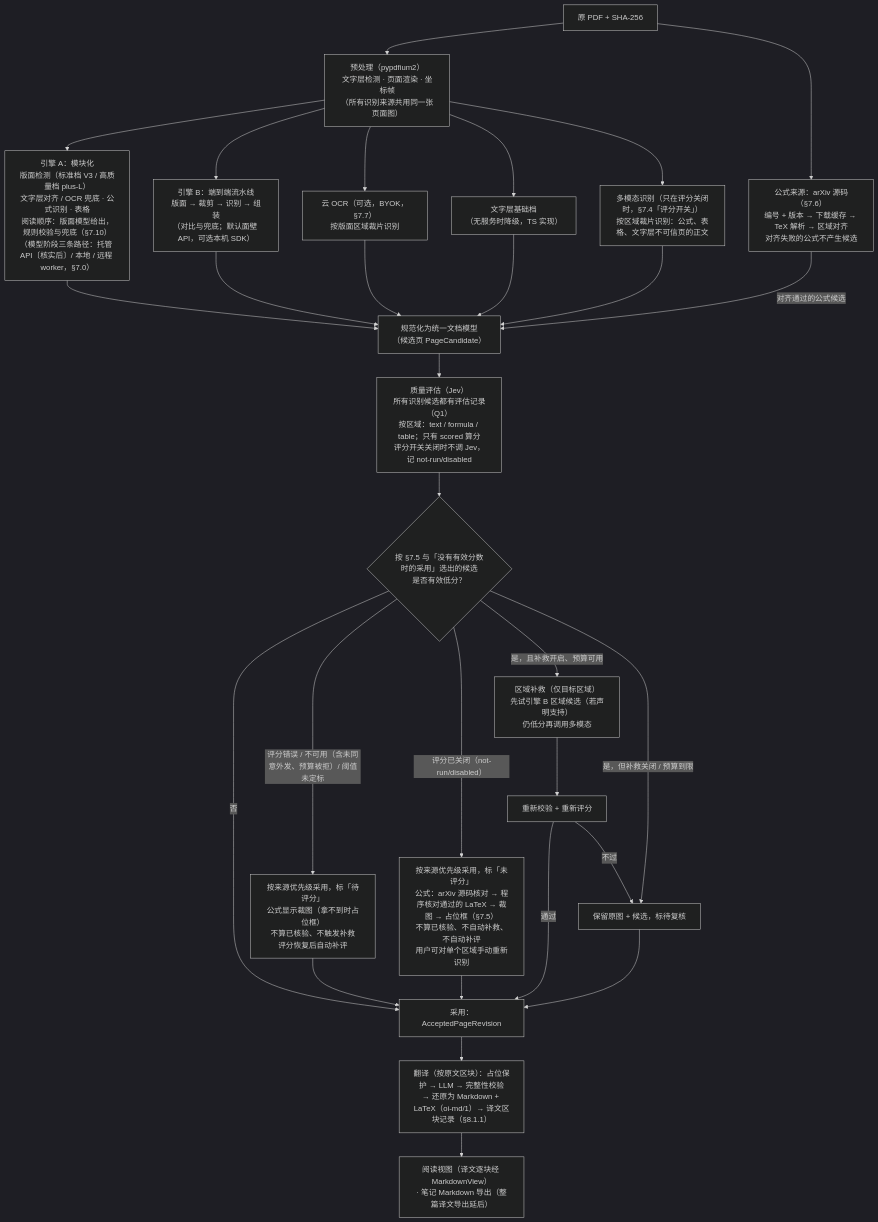
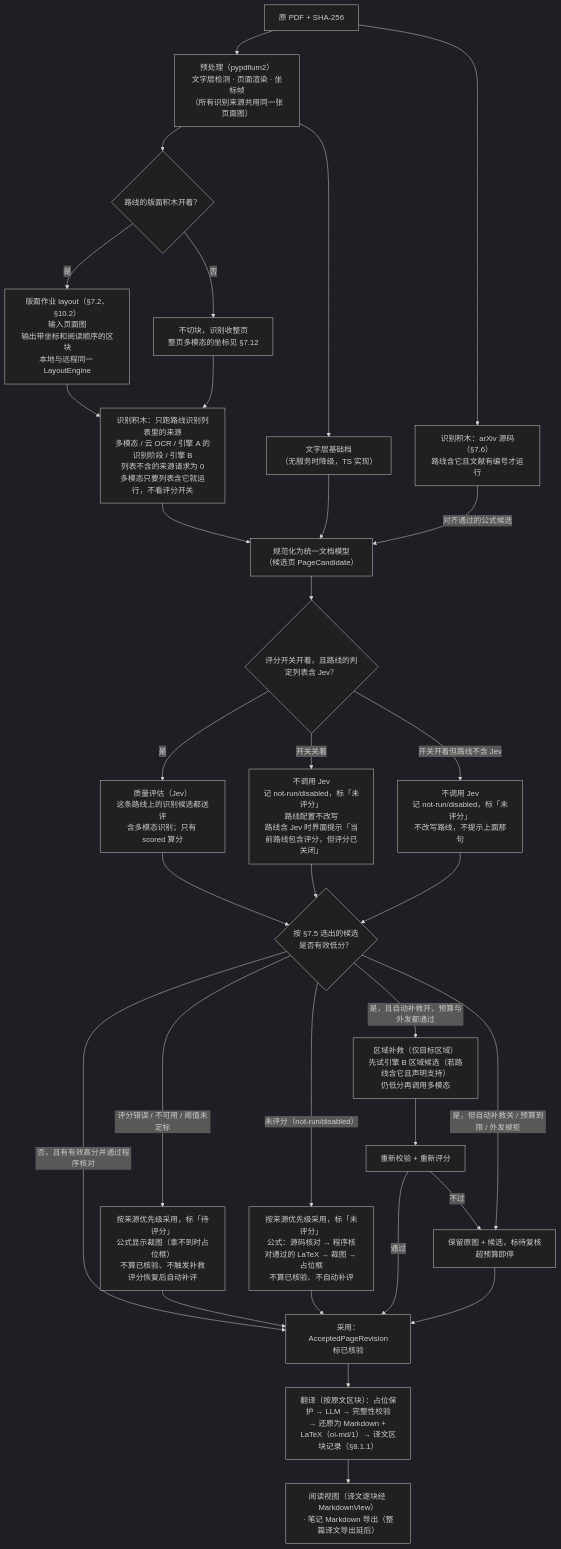
The fourth of 6 diagrams in ARCHITECTURE.md (wisdom-km/open-immerse-v2), drawn with Mermaid (dark theme) before and after one commit. The commit also changed other lines of this file and 10 other files, not shown here.

````diff
--- a/ARCHITECTURE.md
+++ b/ARCHITECTURE.md
@@ -879,31 +881,34 @@
 ```mermaid
 flowchart TD
   IN["原 PDF + SHA-256"] --> PRE["预处理（pypdfium2）<br/>文字层检测 · 页面渲染 · 坐标帧<br/>（所有识别来源共用同一张页面图）"]
-  IN --> AX["公式来源：arXiv 源码（§7.6）<br/>编号 + 版本 → 下载缓存 → TeX 解析 → 区域对齐<br/>对齐失败的公式不产生候选"]
-  PRE --> A["引擎 A：模块化<br/>版面检测（标准档 V3 / 高质量档 plus-L）<br/>文字层对齐 / OCR 兜底 · 公式识别 · 表格<br/>阅读顺序：版面模型给出，规则校验与兜底（§7.10）<br/>（模型阶段三条路径：托管 API〔核实后〕/ 本地 / 远程 worker，§7.0）"]
-  PRE --> B["引擎 B：端到端流水线<br/>版面 → 裁剪 → 识别 → 组装<br/>（对比与兜底；默认面壁 API，可选本机 SDK）"]
-  PRE --> CO["云 OCR（可选，BYOK，§7.7）<br/>按版面区域裁片识别"]
+  IN --> AX["识别积木：arXiv 源码（§7.6）<br/>路线含它且文献有编号才运行"]
+  PRE --> LAY{"路线的版面积木开着？"}
+  LAY -- "是" --> LJOB["版面作业 layout（§7.2、§10.2）<br/>输入页面图<br/>输出带坐标和阅读顺序的区块<br/>本地与远程同一 LayoutEngine"]
+  LAY -- "否" --> WHOLE["不切块，识别收整页<br/>整页多模态的坐标见 §7.12"]
+  LJOB --> REC["识别积木：只跑路线识别列表里的来源<br/>多模态 / 云 OCR / 引擎 A 的识别阶段 / 引擎 B<br/>列表不含的来源请求为 0<br/>多模态只要列表含它就运行，不看评分开关"]
+  WHOLE --> REC
   PRE --> T["文字层基础档<br/>（无服务时降级，TS 实现）"]
-  PRE --> MM["多模态识别（只在评分关闭时，§7.4「评分开关」）<br/>按区域裁片识别：公式、表格、文字层不可信页的正文"]
-  A --> N
-  MM --> N["规范化为统一文档模型<br/>（候选页 PageCandidate）"]
-  B --> N
-  CO --> N
+  REC --> N["规范化为统一文档模型<br/>（候选页 PageCandidate）"]
   T --> N
   AX -- "对齐通过的公式候选" --> N
-  N --> Q["质量评估（Jev）<br/>所有识别候选都有评估记录（Q1）<br/>按区域：text / formula / table；只有 scored 算分<br/>评分开关关闭时不调 Jev，记 not-run/disabled"]
-  Q --> D{"按 §7.5 与「没有有效分数时的采用」选出的候选<br/>是否有效低分？"}
-  D -- "否" --> ACC["采用：AcceptedPageRevision"]
-  D -- "评分错误 / 不可用（含未同意外发、预算被拒）/ 阈值未定标" --> PEND["按来源优先级采用，标「待评分」<br/>公式显示裁图（拿不到时占位框）<br/>不算已核验、不触发补救<br/>评分恢复后自动补评"]
+  N --> SW{"评分开关开着，且路线的判定列表含 Jev？"}
+  SW -- "是" --> Q["质量评估（Jev）<br/>这条路线上的识别候选都送评<br/>含多模态识别；只有 scored 算分"]
+  SW -- "开关关着" --> OFF["不调用 Jev<br/>记 not-run/disabled，标「未评分」<br/>路线配置不改写<br/>路线含 Jev 时界面提示「当前路线包含评分，但评分已关闭」"]
+  SW -- "开关开着但路线不含 Jev" --> OFF2["不调用 Jev<br/>记 not-run/disabled，标「未评分」<br/>不改写路线，不提示上面那句"]
+  Q --> D{"按 §7.5 选出的候选<br/>是否有效低分？"}
+  OFF --> D
+  OFF2 --> D
+  D -- "否，且有有效高分并通过程序核对" --> ACC["采用：AcceptedPageRevision<br/>标已核验"]
+  D -- "评分错误 / 不可用 / 阈值未定标" --> PEND["按来源优先级采用，标「待评分」<br/>公式显示裁图（拿不到时占位框）<br/>不算已核验、不触发补救<br/>评分恢复后自动补评"]
   PEND --> ACC
-  D -- "评分已关闭（not-run/disabled）" --> OFF["按来源优先级采用，标「未评分」<br/>公式：arXiv 源码核对 → 程序核对通过的 LaTeX → 裁图 → 占位框（§7.5）<br/>不算已核验、不自动补救、不自动补评<br/>用户可对单个区域手动重新识别"]
-  OFF --> ACC
-  D -- "是，且补救开启、预算可用" --> RP["区域补救（仅目标区域）<br/>先试引擎 B 区域候选（若声明支持）<br/>仍低分再调用多模态"]
-  D -- "是，但补救关闭 / 预算到限" --> FB["保留原图 + 候选，标待复核"]
+  D -- "未评分（not-run/disabled）" --> UNS["按来源优先级采用，标「未评分」<br/>公式：源码核对 → 程序核对通过的 LaTeX → 裁图 → 占位框<br/>不算已核验、不自动补评"]
+  UNS --> ACC
+  D -- "是，且自动补救开、预算与外发都通过" --> RP["区域补救（仅目标区域）<br/>先试引擎 B 区域候选（若路线含它且声明支持）<br/>仍低分再调用多模态"]
+  D -- "是，但自动补救关 / 预算到限 / 外发被拒" --> FB["保留原图 + 候选，标待复核<br/>超预算即停"]
   RP --> Q2["重新校验 + 重新评分"]
   Q2 -- "通过" --> ACC
   Q2 -- "不过" --> FB
   FB --> ACC
   ACC --> TR["翻译（按原文区块）：占位保护 → LLM → 完整性校验<br/>→ 还原为 Markdown + LaTeX（oi-md/1）→ 译文区块记录（§8.1.1）"]
   TR --> OUT["阅读视图（译文逐块经 MarkdownView）<br/>· 笔记 Markdown 导出（整篇译文导出延后）"]
 ```
````
